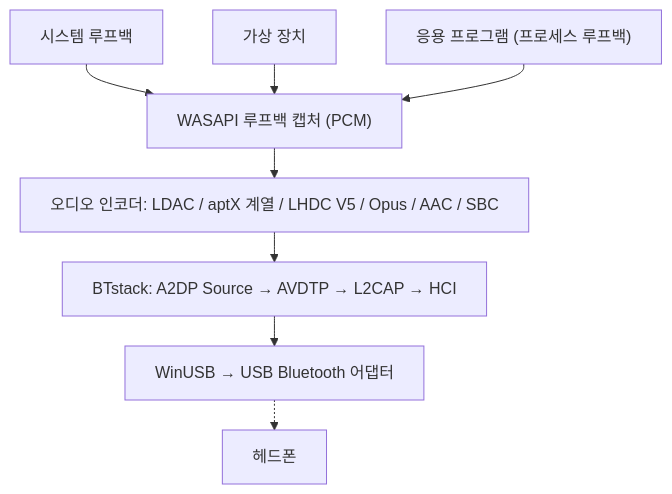
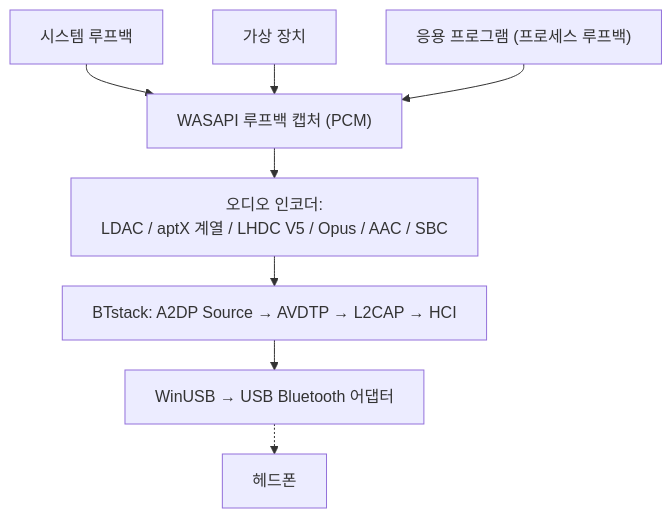
Before and after one commit to SeiyaFunaokaJP/BlueCaster: the diagram in docs/ko/index.md, drawn with Mermaid. The commit also changed 15 other files, not shown here.

First line of the commit message:
Docs: shorter lines in the sequence diagrams, encoder label on Home

````diff
--- a/docs/ko/index.md
+++ b/docs/ko/index.md
@@ -124,17 +124,17 @@
 ```mermaid
 ---
 config:
   flowchart:
     wrappingWidth: 480
     rankSpacing: 30
 ---
 flowchart TD
     s1["시스템 루프백"]
     s2["가상 장치"]
     s3["응용 프로그램 (프로세스 루프백)"]
     s1 & s2 & s3 --> cap["WASAPI 루프백 캡처 (PCM)"]
-    cap --> enc["오디오 인코더: LDAC / aptX 계열 / LHDC V5 / Opus / AAC / SBC"]
+    cap --> enc["오디오 인코더:<br>LDAC / aptX 계열 / LHDC V5 / Opus / AAC / SBC"]
     enc --> bt["BTstack: A2DP Source → AVDTP → L2CAP → HCI"]
     bt --> usb["WinUSB → USB Bluetooth 어댑터"]
     usb -.-> hp["헤드폰"]
 ```
````
